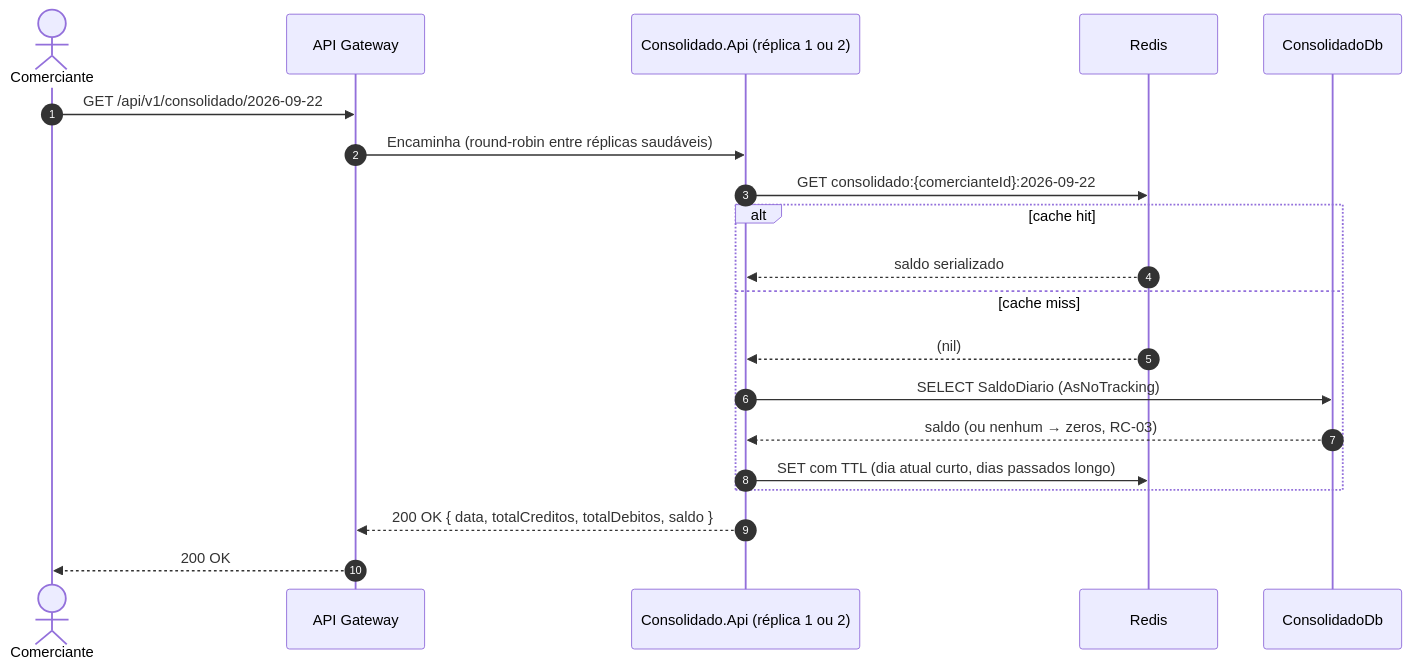
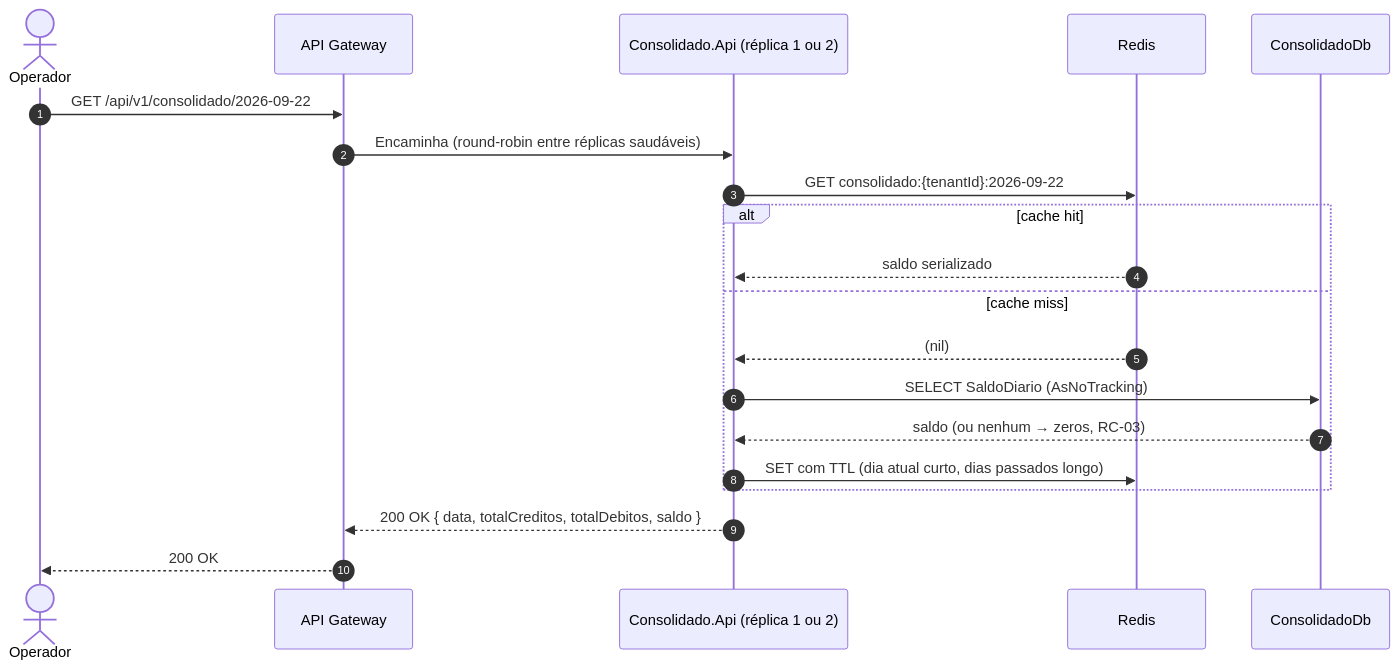
One commit to igorwaterloo/Verx-desafio20260922 changed the third of 13 diagrams in docs/architecture/fluxos.md. Above: the diagram before and after it, drawn with Mermaid. The commit also changed other lines of this file and 1 other file, not shown here.

````diff
--- a/docs/architecture/fluxos.md
+++ b/docs/architecture/fluxos.md
@@ -93,23 +100,23 @@
 ```mermaid
 sequenceDiagram
     autonumber
-    actor C as Comerciante
+    actor C as Operador
     participant G as API Gateway
     participant A as Consolidado.Api (réplica 1 ou 2)
     participant R as Redis
     participant CDB as ConsolidadoDb
 
     C->>G: GET /api/v1/consolidado/2026-09-22
     G->>A: Encaminha (round-robin entre réplicas saudáveis)
-    A->>R: GET consolidado:{comercianteId}:2026-09-22
+    A->>R: GET consolidado:{tenantId}:2026-09-22
     alt cache hit
         R-->>A: saldo serializado
     else cache miss
         R-->>A: (nil)
         A->>CDB: SELECT SaldoDiario (AsNoTracking)
         CDB-->>A: saldo (ou nenhum → zeros, RC-03)
         A->>R: SET com TTL (dia atual curto, dias passados longo)
     end
     A-->>G: 200 OK { data, totalCreditos, totalDebitos, saldo }
     G-->>C: 200 OK
 ```
````
